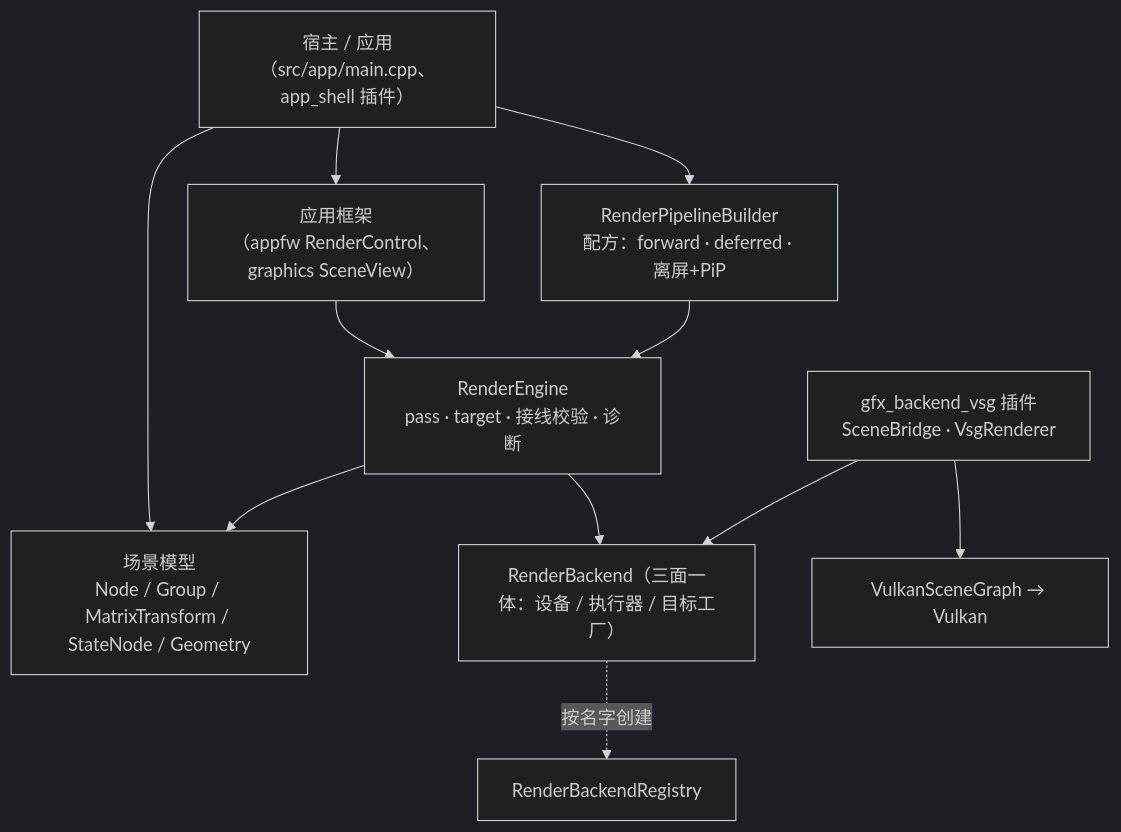
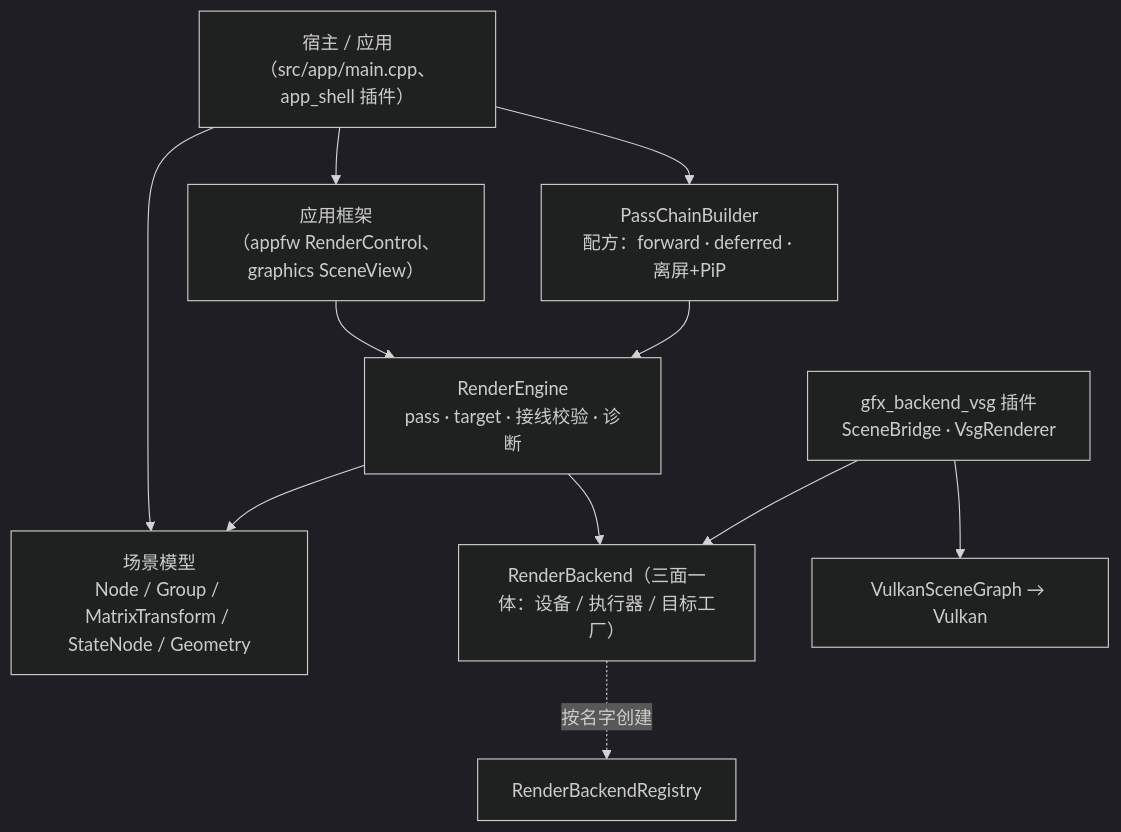
The diagram in docs/guides/graphics.md (lonelyong/Vine), drawn with Mermaid (dark theme) before and after one commit. The commit also changed other lines of this file and 52 other files, not shown here.

````diff
--- a/docs/guides/graphics.md
+++ b/docs/guides/graphics.md
@@ -15,20 +15,20 @@
 ```mermaid
 graph TB
     Host["宿主 / 应用<br/>（src/app/main.cpp、app_shell 插件）"]
     UI["应用框架<br/>（appfw RenderControl、graphics SceneView）"]
     Engine["RenderEngine<br/>pass · target · 接线校验 · 诊断"]
     Scene["场景模型<br/>Node / Group / MatrixTransform / StateNode / Geometry"]
-    Builder["RenderPipelineBuilder<br/>配方：forward · deferred · 离屏+PiP"]
+    Builder["PassChainBuilder<br/>配方：forward · deferred · 离屏+PiP"]
     BackendIface["RenderBackend（三面一体：设备 / 执行器 / 目标工厂）"]
     Plugin["gfx_backend_vsg 插件<br/>SceneBridge · VsgRenderer"]
     VSG["VulkanSceneGraph → Vulkan"]
 
     Host --> UI --> Engine
     Host --> Scene
     Host --> Builder --> Engine
     Engine --> Scene
     Engine --> BackendIface
     BackendIface -. 按名字创建 .-> Registry["RenderBackendRegistry"]
     Plugin --> BackendIface
     Plugin --> VSG
 ```
````
